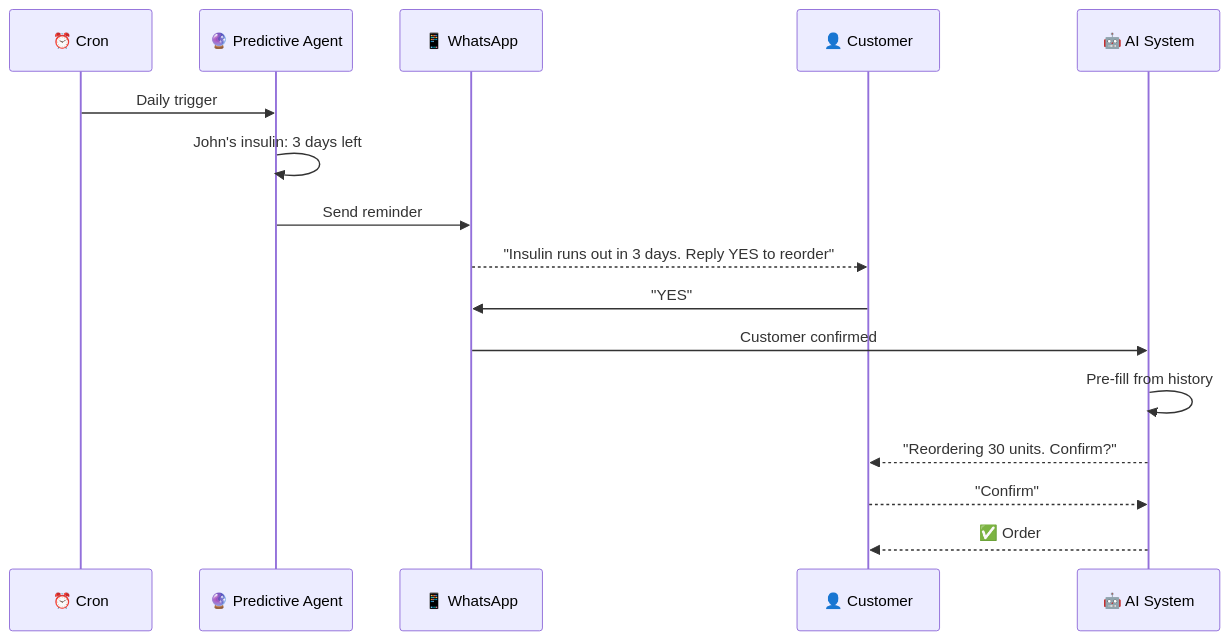
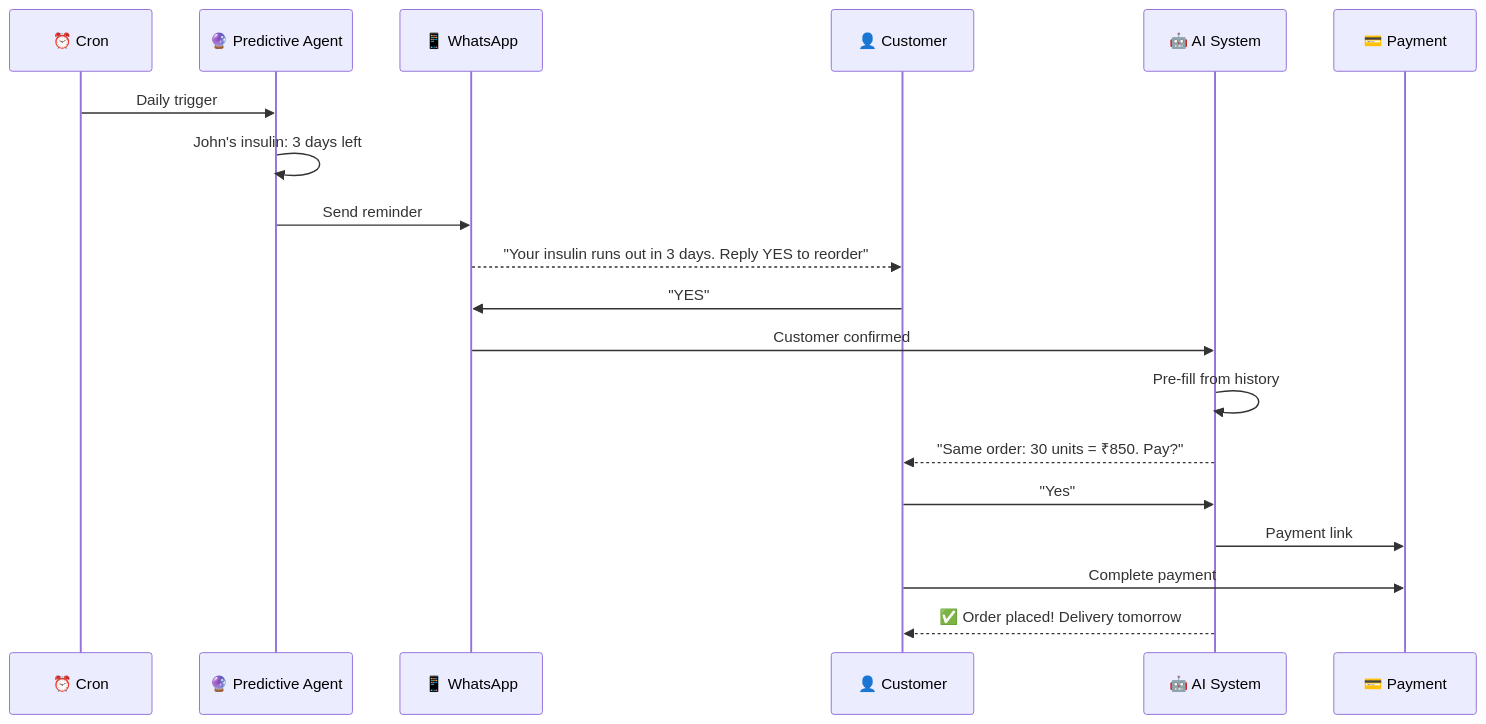
One commit to kartik-shirale/hackfusion-3 changed diagram 12 of 14 in README.md. Above: the diagram before and after it, drawn with Mermaid. The commit also changed other lines of this file, not shown here.

````diff
--- a/README.md
+++ b/README.md
@@ -370,19 +484,22 @@
 ```mermaid
 sequenceDiagram
     participant CR as ⏰ Cron
     participant PA as 🔮 Predictive Agent
     participant WA as 📱 WhatsApp
     participant C as 👤 Customer
     participant AI as 🤖 AI System
+    participant P as 💳 Payment
     
     CR->>PA: Daily trigger
     PA->>PA: John's insulin: 3 days left
     PA->>WA: Send reminder
-    WA-->>C: "Insulin runs out in 3 days. Reply YES to reorder"
+    WA-->>C: "Your insulin runs out in 3 days. Reply YES to reorder"
     C->>WA: "YES"
     WA->>AI: Customer confirmed
     AI->>AI: Pre-fill from history
-    AI-->>C: "Reordering 30 units. Confirm?"
-    C-->>AI: "Confirm"
-    AI-->>C: ✅ Order #12346 placed!
+    AI-->>C: "Same order: 30 units = ₹850. Pay?"
+    C->>AI: "Yes"
+    AI->>P: Payment link
+    C->>P: Complete payment
+    AI-->>C: ✅ Order placed! Delivery tomorrow
 ```
````
